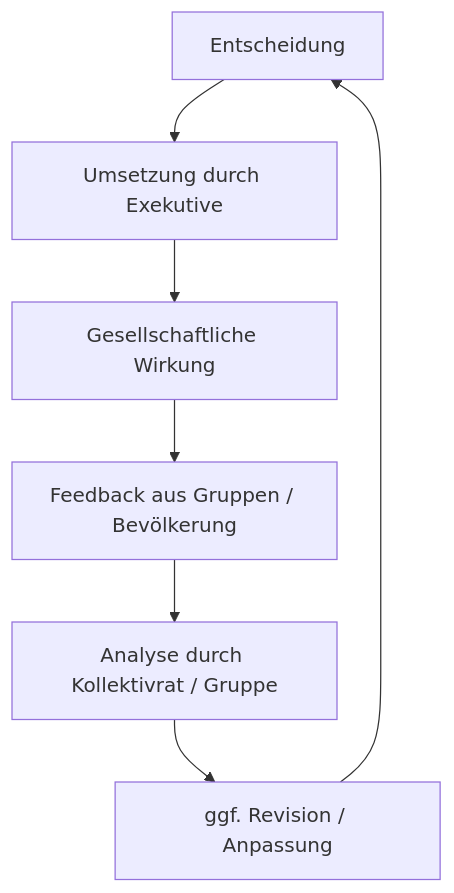
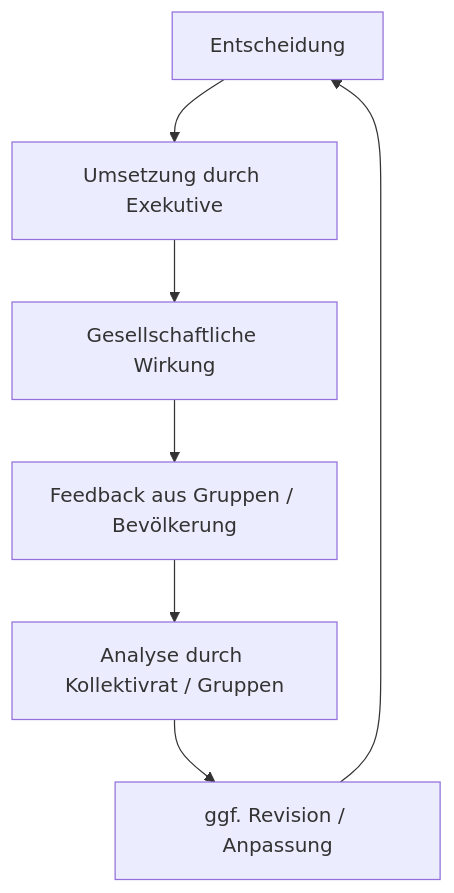
One commit to hades-dux/Kollektive-Raeterepublik changed the third of 3 diagrams in Meta_und_Systemstruktur/09_Visualisierung_der_Systemlogik.md. Above: the diagram before and after it, drawn with Mermaid. The commit also changed other lines of this file, not shown here.

Commit message:
Korrigierte und erweiterte Visualisierung der Systemlogik (Institutionen & Diagramme aktualisiert)

````diff
--- a/Meta_und_Systemstruktur/09_Visualisierung_der_Systemlogik.md
+++ b/Meta_und_Systemstruktur/09_Visualisierung_der_Systemlogik.md
@@ -81,9 +145,9 @@
 ```mermaid
 graph TD
     Entscheidung[Entscheidung] --> Umsetzung[Umsetzung durch Exekutive]
     Umsetzung --> Wirkung[Gesellschaftliche Wirkung]
     Wirkung --> Feedback[Feedback aus Gruppen / Bevölkerung]
-    Feedback --> Analyse[Analyse durch Kollektivrat / Gruppe]
+    Feedback --> Analyse[Analyse durch Kollektivrat / Gruppen]
     Analyse --> Revision[ggf. Revision / Anpassung]
     Revision --> Entscheidung
 ```
````
